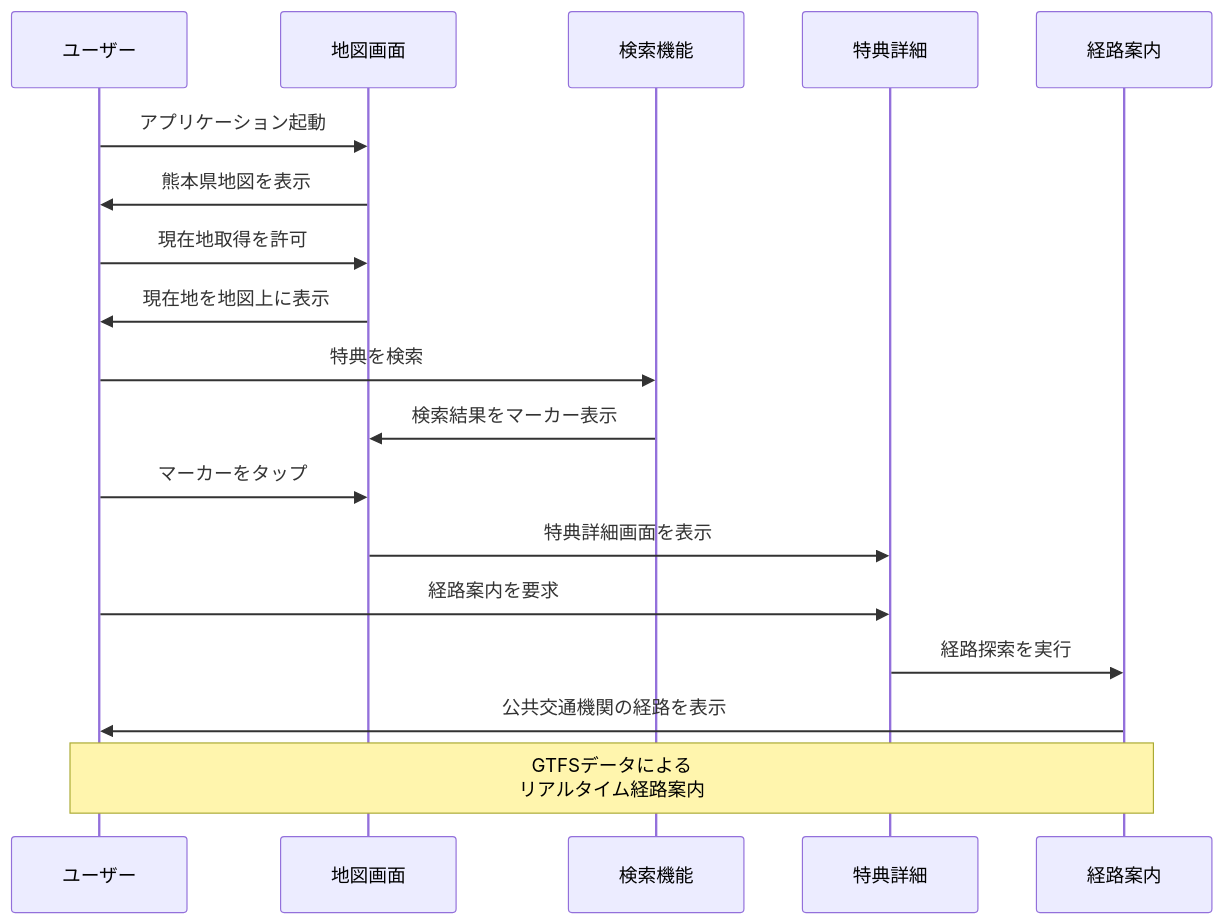
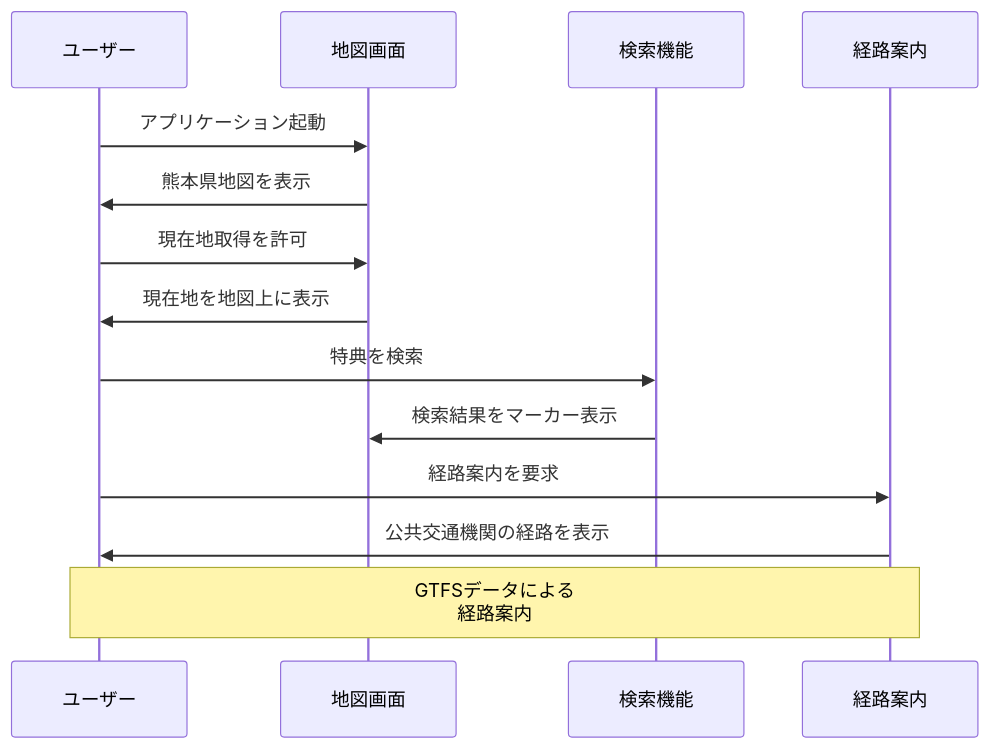
One commit to taichi0373/kumamoto-henno-map changed the diagram in docs/02_functions/feature_list.md. Above: the diagram before and after it, drawn with Mermaid. The commit also changed other lines of this file and 3 other files, not shown here.

````diff
--- a/docs/02_functions/feature_list.md
+++ b/docs/02_functions/feature_list.md
@@ -7,24 +7,20 @@
 ```mermaid
 sequenceDiagram
     participant U as ユーザー
     participant M as 地図画面
     participant S as 検索機能
-    participant D as 特典詳細
     participant R as 経路案内
-    
+
     U->>M: アプリケーション起動
     M->>U: 熊本県地図を表示
     U->>M: 現在地取得を許可
     M->>U: 現在地を地図上に表示
-    
+
     U->>S: 特典を検索
     S->>M: 検索結果をマーカー表示
-    U->>M: マーカーをタップ
-    M->>D: 特典詳細画面を表示
-    
-    U->>D: 経路案内を要求
-    D->>R: 経路探索を実行
+
+    U->>R: 経路案内を要求
     R->>U: 公共交通機関の経路を表示
-    
-    Note over U,R: GTFSデータによる<br/>リアルタイム経路案内
+
+    Note over U,R: GTFSデータによる<br/>経路案内
 ```
````
